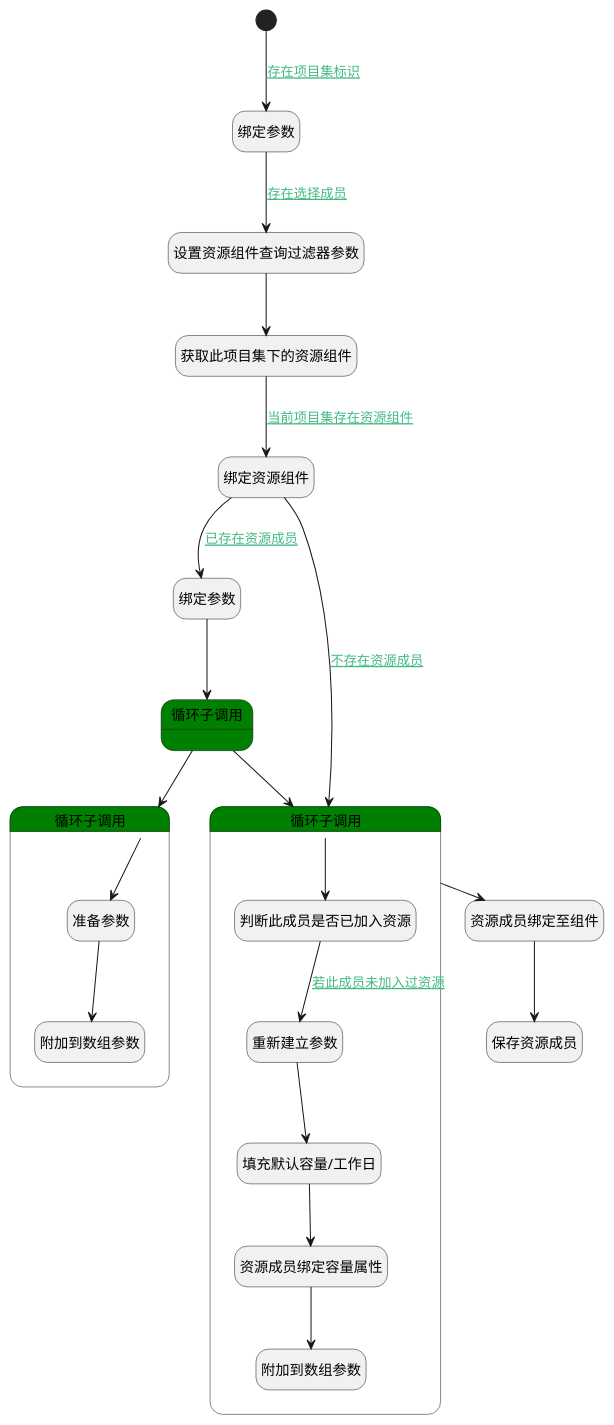
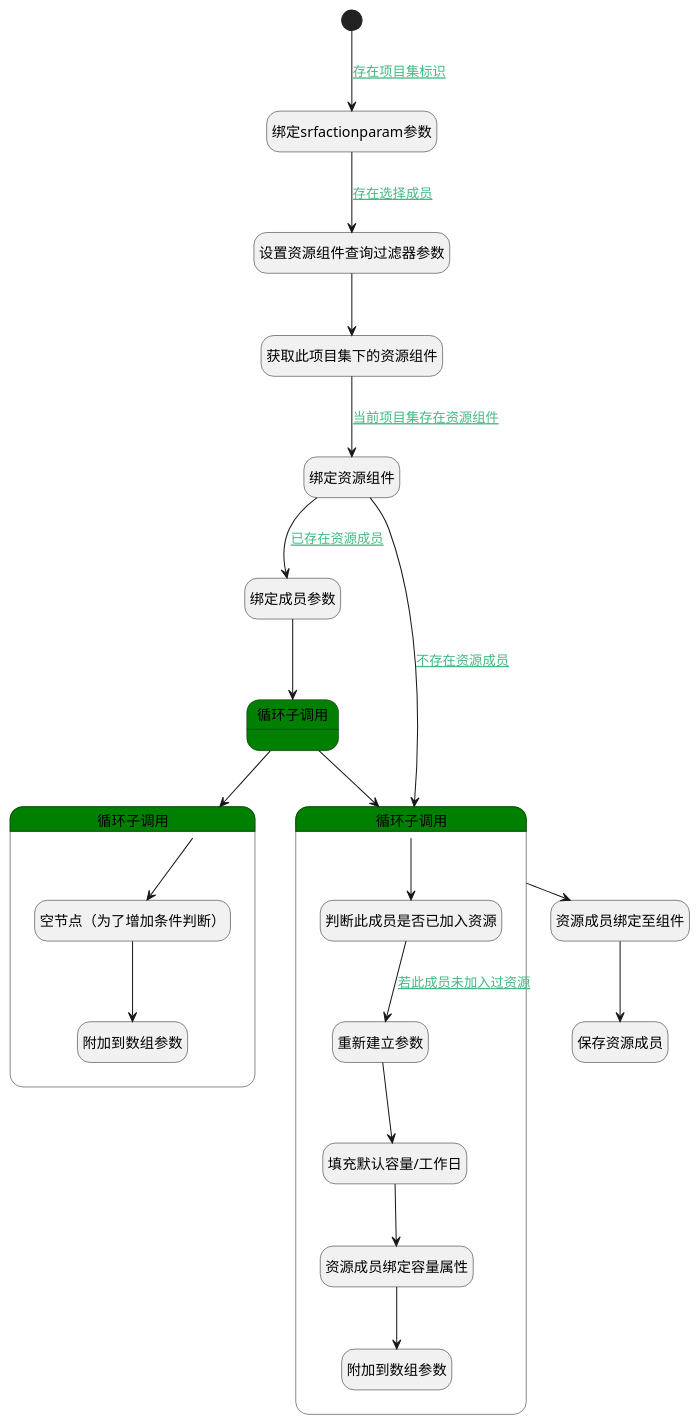
One commit to iBizLab/plm changed the diagram in doc/docsify/module/Base/portfolio/logic/resource_member_setting.md. Above: the diagram before and after it, drawn with PlantUML. The commit also changed other lines of this file and 1778 other files, not shown here.

````diff
--- a/doc/docsify/module/Base/portfolio/logic/resource_member_setting.md
+++ b/doc/docsify/module/Base/portfolio/logic/resource_member_setting.md
@@ -7,55 +7,55 @@
 ```plantuml
 @startuml
 hide empty description
 <style>
 root {
   HyperlinkColor #42b983
 }
 </style>
 
 hide empty description
 state "开始" as Begin <<start>> [[$./resource_member_setting#begin {"开始"}]]
-state "绑定参数" as BINDPARAM1  [[$./resource_member_setting#bindparam1 {"绑定参数"}]]
+state "绑定srfactionparam参数" as BINDPARAM1  [[$./resource_member_setting#bindparam1 {"绑定srfactionparam参数"}]]
 state "设置资源组件查询过滤器参数" as PREPAREPARAM3  [[$./resource_member_setting#prepareparam3 {"设置资源组件查询过滤器参数"}]]
 state "获取此项目集下的资源组件" as DEDATASET1  [[$./resource_member_setting#dedataset1 {"获取此项目集下的资源组件"}]]
 state "绑定资源组件" as BINDPARAM3  [[$./resource_member_setting#bindparam3 {"绑定资源组件"}]]
-state "绑定参数" as BINDPARAM2  [[$./resource_member_setting#bindparam2 {"绑定参数"}]]
+state "绑定成员参数" as BINDPARAM2  [[$./resource_member_setting#bindparam2 {"绑定成员参数"}]]
 state "资源成员绑定至组件" as RAWSFCODE3  [[$./resource_member_setting#rawsfcode3 {"资源成员绑定至组件"}]]
 state "保存资源成员" as DEACTION2  [[$./resource_member_setting#deaction2 {"保存资源成员"}]]
 state "循环子调用" as LOOPSUBCALL2  [[$./resource_member_setting#loopsubcall2 {"循环子调用"}]] #green {
 }
 state "循环子调用" as LOOPSUBCALL3  [[$./resource_member_setting#loopsubcall3 {"循环子调用"}]] #green {
-state "准备参数" as PREPAREPARAM4  [[$./resource_member_setting#prepareparam4 {"准备参数"}]]
+state "空节点（为了增加条件判断）" as PREPAREPARAM4  [[$./resource_member_setting#prepareparam4 {"空节点（为了增加条件判断）"}]]
 state "附加到数组参数" as APPENDPARAM2  [[$./resource_member_setting#appendparam2 {"附加到数组参数"}]]
 }
 state "循环子调用" as LOOPSUBCALL1  [[$./resource_member_setting#loopsubcall1 {"循环子调用"}]] #green {
 state "判断此成员是否已加入资源" as RAWSFCODE4  [[$./resource_member_setting#rawsfcode4 {"判断此成员是否已加入资源"}]]
 state "重新建立参数" as RENEWPARAM1  [[$./resource_member_setting#renewparam1 {"重新建立参数"}]]
 state "填充默认容量/工作日" as PREPAREPARAM1  [[$./resource_member_setting#prepareparam1 {"填充默认容量/工作日"}]]
 state "资源成员绑定容量属性" as RAWSFCODE2  [[$./resource_member_setting#rawsfcode2 {"资源成员绑定容量属性"}]]
 state "附加到数组参数" as APPENDPARAM1  [[$./resource_member_setting#appendparam1 {"附加到数组参数"}]]
 }
 
 
 Begin --> BINDPARAM1 : [[$./resource_member_setting#begin-bindparam1{存在项目集标识} 存在项目集标识]]
 BINDPARAM1 --> PREPAREPARAM3 : [[$./resource_member_setting#bindparam1-prepareparam3{存在选择成员} 存在选择成员]]
 PREPAREPARAM3 --> DEDATASET1
 DEDATASET1 --> BINDPARAM3 : [[$./resource_member_setting#dedataset1-bindparam3{当前项目集存在资源组件} 当前项目集存在资源组件]]
 BINDPARAM3 --> BINDPARAM2 : [[$./resource_member_setting#bindparam3-bindparam2{已存在资源成员} 已存在资源成员]]
 BINDPARAM2 --> LOOPSUBCALL2
 LOOPSUBCALL2 --> LOOPSUBCALL3
 LOOPSUBCALL3 --> PREPAREPARAM4
 PREPAREPARAM4 --> APPENDPARAM2
 LOOPSUBCALL2 --> LOOPSUBCALL1
 LOOPSUBCALL1 --> RAWSFCODE4
 RAWSFCODE4 --> RENEWPARAM1 : [[$./resource_member_setting#rawsfcode4-renewparam1{若此成员未加入过资源} 若此成员未加入过资源]]
 RENEWPARAM1 --> PREPAREPARAM1
 PREPAREPARAM1 --> RAWSFCODE2
 RAWSFCODE2 --> APPENDPARAM1
 LOOPSUBCALL1 --> RAWSFCODE3
 RAWSFCODE3 --> DEACTION2
 BINDPARAM3 --> LOOPSUBCALL1 : [[$./resource_member_setting#bindparam3-loopsubcall1{不存在资源成员} 不存在资源成员]]
 
 
 @enduml
 ```
````
